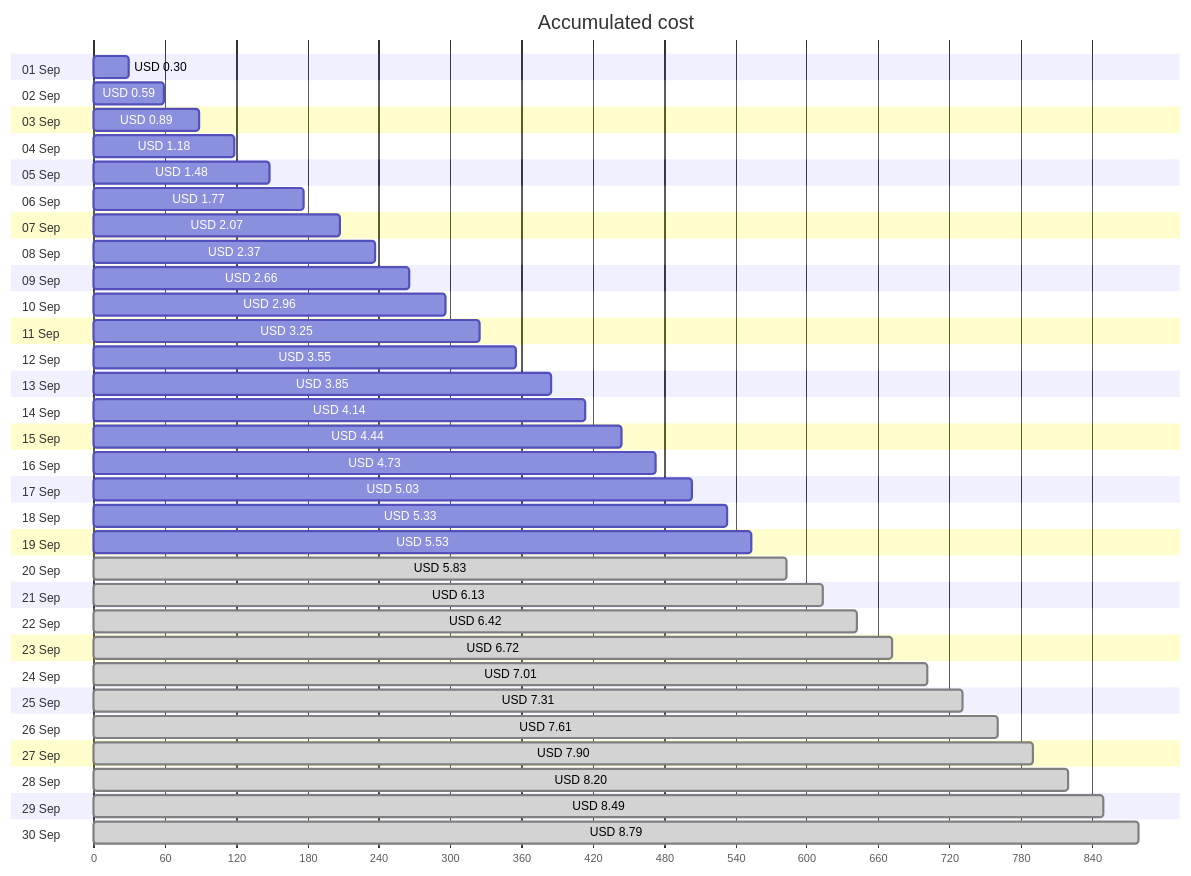
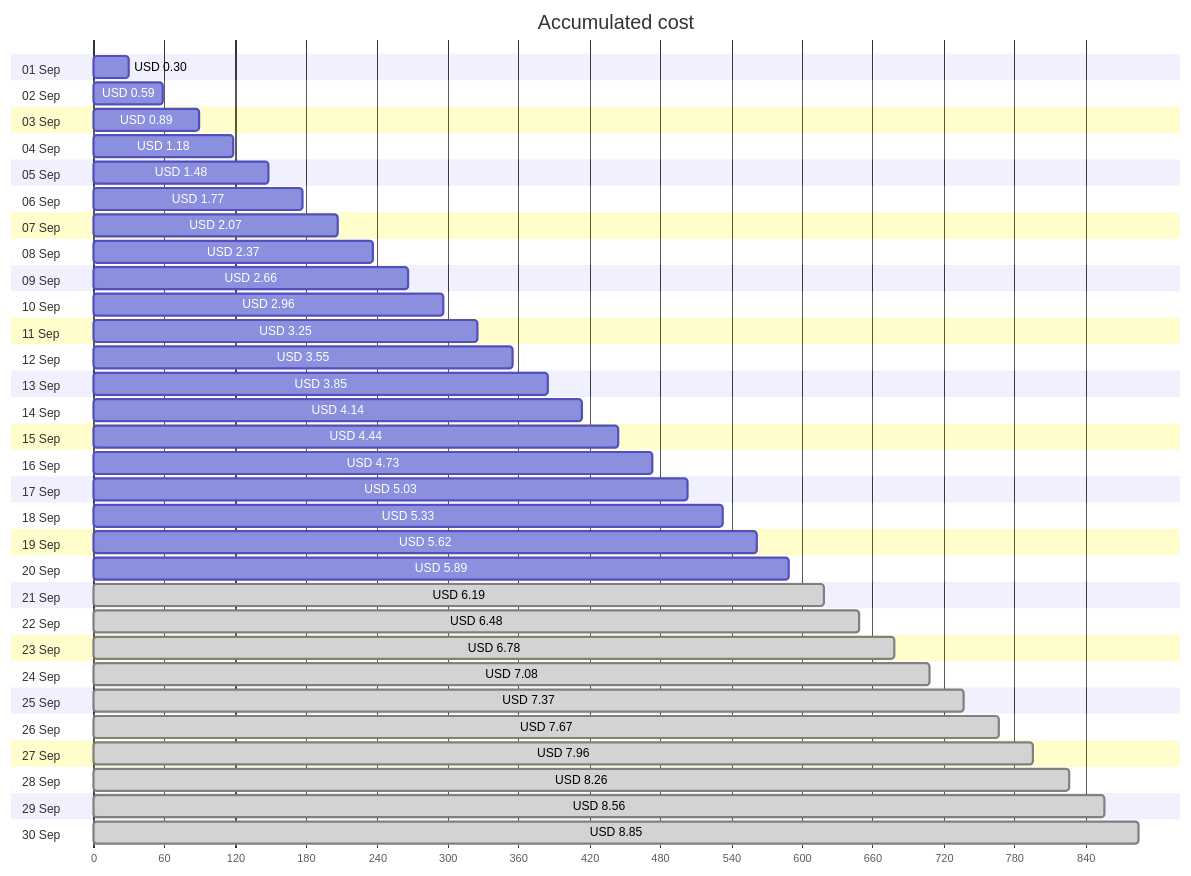
Before and after one commit to jpfulton/azure-personal-reports: the first of 4 diagrams in cost-reports/personal-site/personal-site.md, drawn with Mermaid. The commit also changed other lines of this file and 7 other files, not shown here.

````diff
--- a/cost-reports/personal-site/personal-site.md
+++ b/cost-reports/personal-site/personal-site.md
@@ -20,66 +20,66 @@
 ```mermaid
 gantt
    title Accumulated cost
    dateFormat  X
    axisFormat %s
    section 01 Sep
    USD 0.30 :0, 30
    section 02 Sep
    USD 0.59 :0, 59
    section 03 Sep
    USD 0.89 :0, 89
    section 04 Sep
    USD 1.18 :0, 118
    section 05 Sep
    USD 1.48 :0, 148
    section 06 Sep
    USD 1.77 :0, 177
    section 07 Sep
    USD 2.07 :0, 207
    section 08 Sep
    USD 2.37 :0, 237
    section 09 Sep
    USD 2.66 :0, 266
    section 10 Sep
    USD 2.96 :0, 296
    section 11 Sep
    USD 3.25 :0, 325
    section 12 Sep
    USD 3.55 :0, 355
    section 13 Sep
    USD 3.85 :0, 385
    section 14 Sep
    USD 4.14 :0, 414
    section 15 Sep
    USD 4.44 :0, 444
    section 16 Sep
    USD 4.73 :0, 473
    section 17 Sep
    USD 5.03 :0, 503
    section 18 Sep
    USD 5.33 :0, 533
    section 19 Sep
-   USD 5.53 :0, 553
+   USD 5.62 :0, 562
    section 20 Sep
-   USD 5.83 : done, 0, 583
+   USD 5.89 :0, 589
    section 21 Sep
-   USD 6.13 : done, 0, 613
+   USD 6.19 : done, 0, 619
    section 22 Sep
-   USD 6.42 : done, 0, 642
+   USD 6.48 : done, 0, 648
    section 23 Sep
-   USD 6.72 : done, 0, 672
+   USD 6.78 : done, 0, 678
    section 24 Sep
-   USD 7.01 : done, 0, 701
+   USD 7.08 : done, 0, 708
    section 25 Sep
-   USD 7.31 : done, 0, 731
+   USD 7.37 : done, 0, 737
    section 26 Sep
-   USD 7.61 : done, 0, 761
+   USD 7.67 : done, 0, 767
    section 27 Sep
-   USD 7.90 : done, 0, 790
+   USD 7.96 : done, 0, 796
    section 28 Sep
-   USD 8.20 : done, 0, 820
+   USD 8.26 : done, 0, 826
    section 29 Sep
-   USD 8.49 : done, 0, 849
+   USD 8.56 : done, 0, 856
    section 30 Sep
-   USD 8.79 : done, 0, 879
+   USD 8.85 : done, 0, 885
 ```
````
